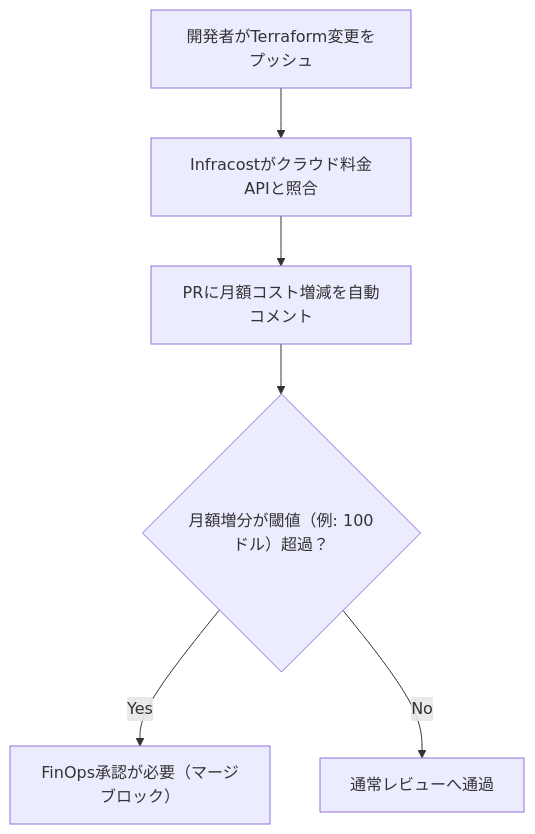
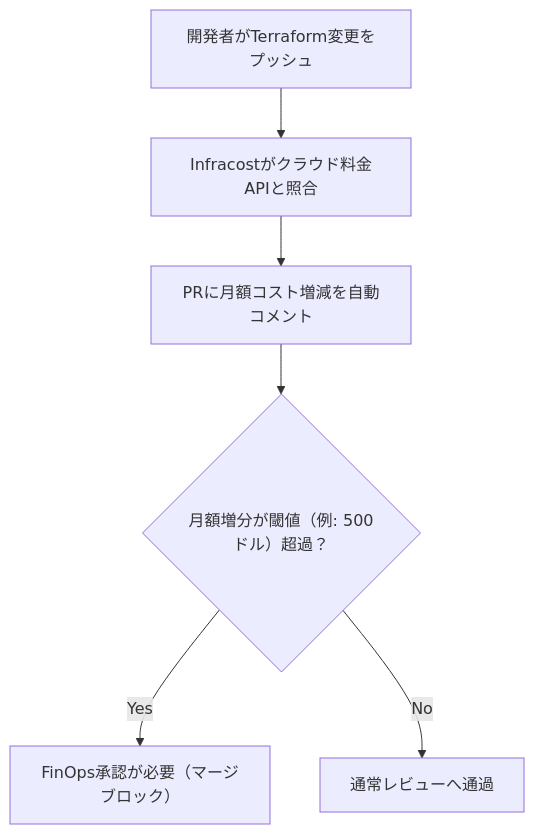
The third of 3 diagrams in manuscript/08_chapter8.md (AnaharaYasuo/product-quality-management-book), drawn with Mermaid before and after one commit. The commit also changed other lines of this file and 35 other files, not shown here.

````diff
--- a/manuscript/08_chapter8.md
+++ b/manuscript/08_chapter8.md
@@ -248,8 +250,8 @@
 ```mermaid
 flowchart TD
     A["開発者がTerraform変更をプッシュ"] --> B["Infracostがクラウド料金APIと照合"]
     B --> C["PRに月額コスト増減を自動コメント"]
-    C --> D{"月額増分が閾値（例: 100ドル）超過？"}
+    C --> D{"月額増分が閾値（例: 500ドル）超過？"}
     D -->|Yes| E["FinOps承認が必要（マージブロック）"]
     D -->|No| F["通常レビューへ通過"]
 ```
````
